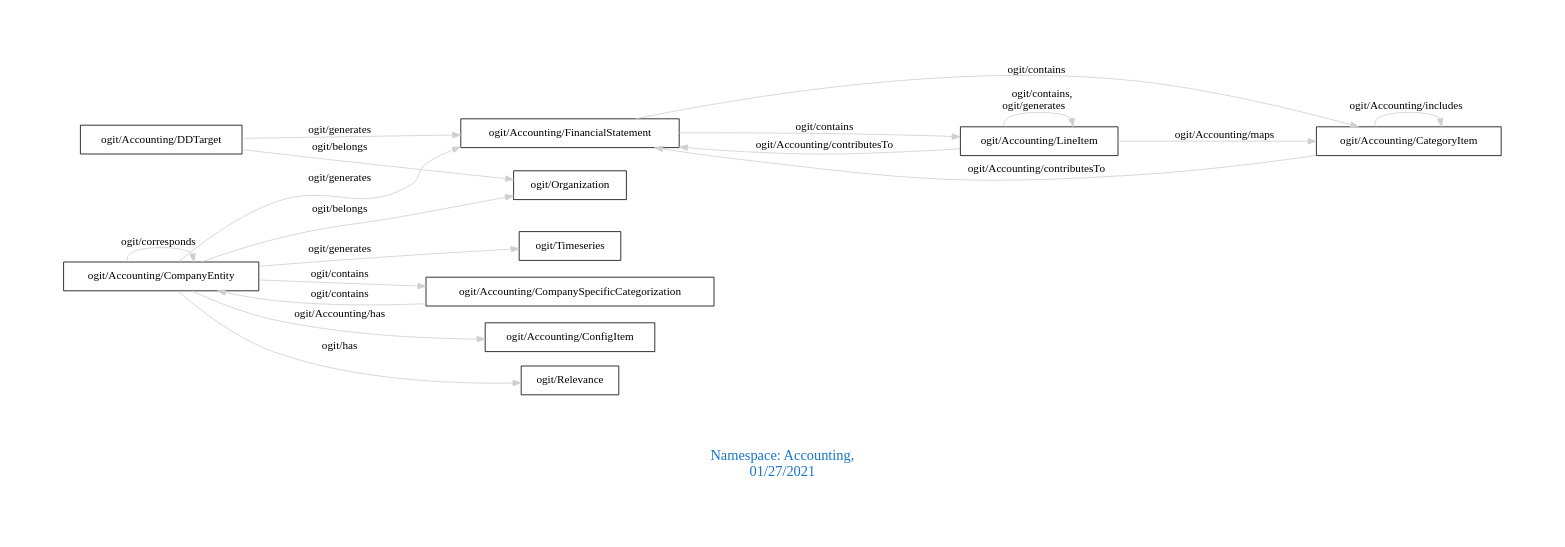
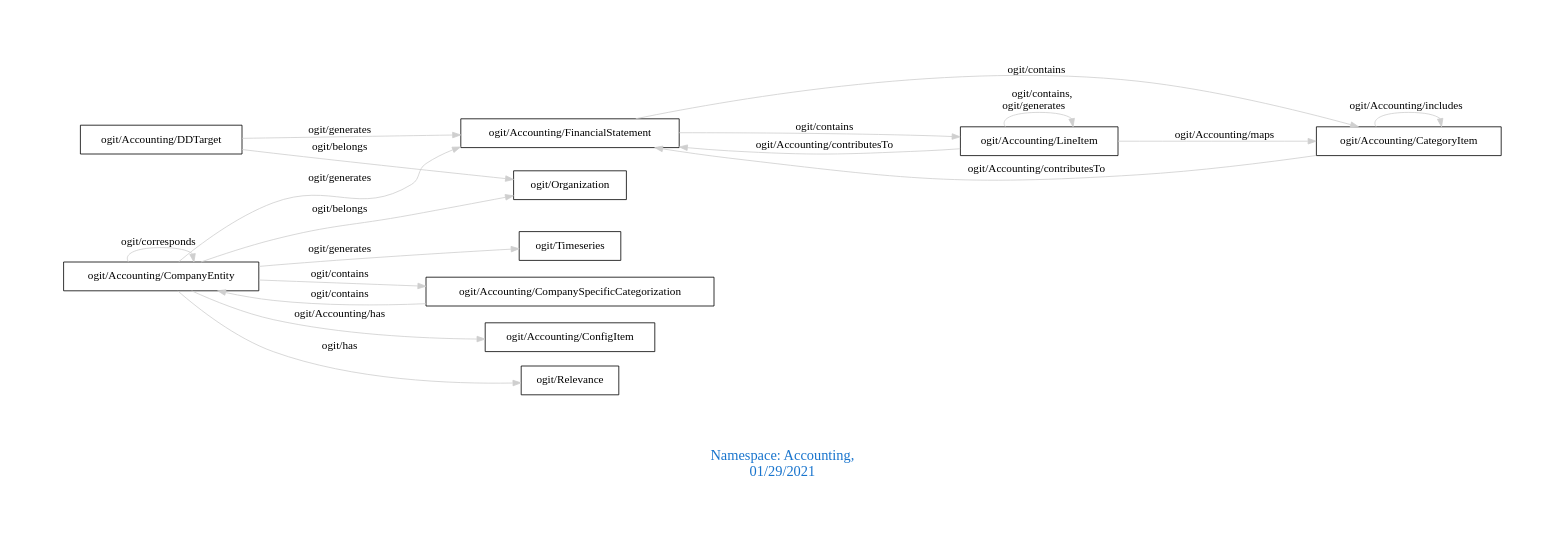
The diagram in downloads/Accounting.dot (arago/OGIT), drawn with Graphviz before and after one commit. The commit also changed 1838 other files, not shown here.

```diff
--- a/downloads/Accounting.dot
+++ b/downloads/Accounting.dot
@@ -1,25 +1,25 @@
 digraph OGIT_ontology {
  graph [ rankdir= LR,pad=1 
 fontsize = 18,
-fontcolor= dodgerblue3,label = "\n\n\nNamespace: Accounting, \n 01/27/2021"];
+fontcolor= dodgerblue3,label = "\n\n\nNamespace: Accounting, \n 01/29/2021"];
 node[shape=polygon];
 edge [  color="gray81"];
 
    "ogit/Accounting/CompanyEntity" -> "ogit/Accounting/CompanySpecificCategorization" [label="   ogit/contains    "];
    "ogit/Accounting/CompanySpecificCategorization" -> "ogit/Accounting/CompanyEntity" [label="   ogit/contains    "];
    "ogit/Accounting/FinancialStatement" -> "ogit/Accounting/LineItem" [label="   ogit/contains    "];
    "ogit/Accounting/FinancialStatement" -> "ogit/Accounting/CategoryItem" [label="   ogit/contains    "];
    "ogit/Accounting/CompanyEntity" -> "ogit/Accounting/FinancialStatement" [label="   ogit/generates    "];
    "ogit/Accounting/CompanyEntity" -> "ogit/Timeseries" [label="   ogit/generates    "];
    "ogit/Accounting/DDTarget" -> "ogit/Accounting/FinancialStatement" [label="   ogit/generates    "];
    "ogit/Accounting/CategoryItem" -> "ogit/Accounting/FinancialStatement" [label="   ogit/Accounting/contributesTo    "];
    "ogit/Accounting/LineItem" -> "ogit/Accounting/FinancialStatement" [label="   ogit/Accounting/contributesTo    "];
    "ogit/Accounting/LineItem" -> "ogit/Accounting/CategoryItem" [label="   ogit/Accounting/maps    "];
    "ogit/Accounting/CompanyEntity" -> "ogit/Organization" [label="   ogit/belongs    "];
    "ogit/Accounting/DDTarget" -> "ogit/Organization" [label="   ogit/belongs    "];
    "ogit/Accounting/CompanyEntity" -> "ogit/Accounting/ConfigItem" [label="   ogit/Accounting/has    "];
    "ogit/Accounting/CompanyEntity" -> "ogit/Relevance" [label="   ogit/has    "];
    "ogit/Accounting/CategoryItem" -> "ogit/Accounting/CategoryItem" [label="   ogit/Accounting/includes    "];
    "ogit/Accounting/CompanyEntity" -> "ogit/Accounting/CompanyEntity" [label="   ogit/corresponds    "];
    "ogit/Accounting/LineItem" -> "ogit/Accounting/LineItem" [label="   ogit/contains, \n ogit/generates    "];
 }
```
